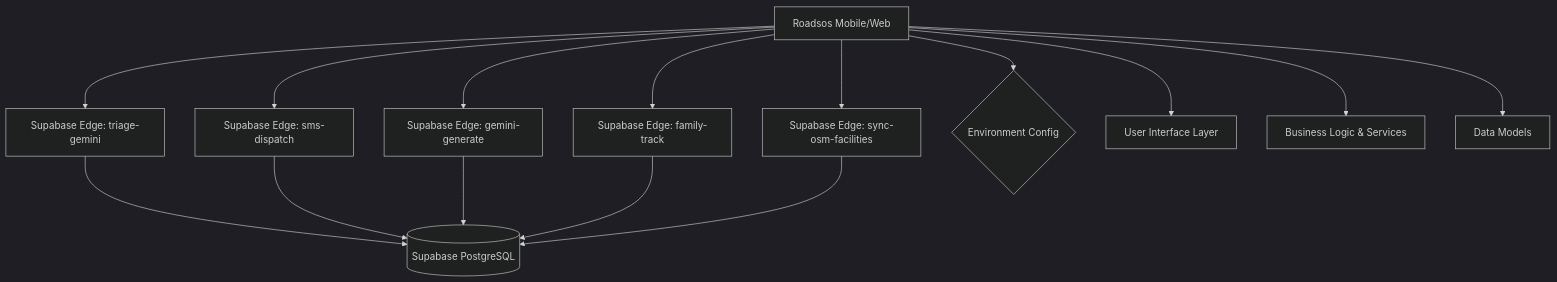
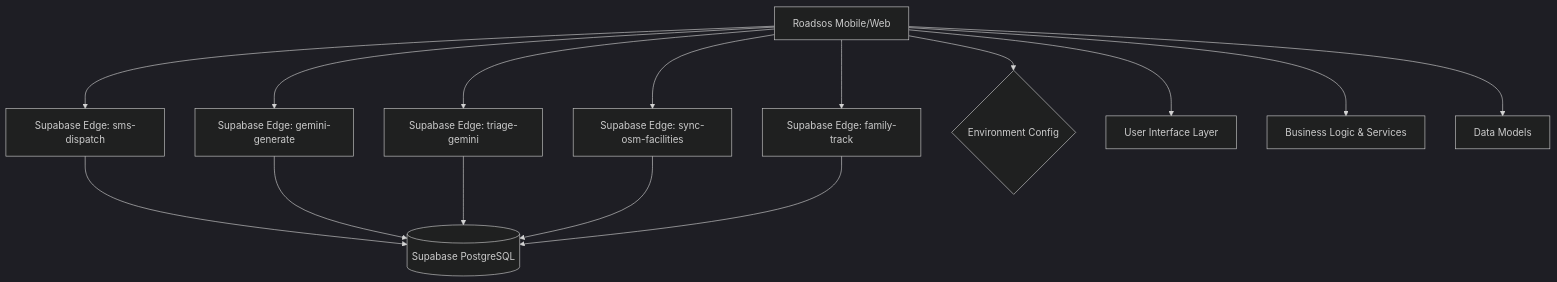
The first of 2 diagrams in docs/architecture/architecture.md (NITISH-R-G/RoadSOS), drawn with Mermaid (dark theme) before and after one commit. The commit also changed other lines of this file and 2 other files, not shown here.

Commit message:
docs: auto-update architecture, diagrams, and README

````diff
--- a/docs/architecture/architecture.md
+++ b/docs/architecture/architecture.md
@@ -5,18 +5,18 @@
 ```mermaid
 graph TD
     Client[Roadsos Mobile/Web] 
-    Client --> Function_triage_gemini[Supabase Edge: triage-gemini]
-    Function_triage_gemini --> SupabaseDB[(Supabase PostgreSQL)]
     Client --> Function_sms_dispatch[Supabase Edge: sms-dispatch]
     Function_sms_dispatch --> SupabaseDB[(Supabase PostgreSQL)]
     Client --> Function_gemini_generate[Supabase Edge: gemini-generate]
     Function_gemini_generate --> SupabaseDB[(Supabase PostgreSQL)]
+    Client --> Function_triage_gemini[Supabase Edge: triage-gemini]
+    Function_triage_gemini --> SupabaseDB[(Supabase PostgreSQL)]
+    Client --> Function_sync_osm_facilities[Supabase Edge: sync-osm-facilities]
+    Function_sync_osm_facilities --> SupabaseDB[(Supabase PostgreSQL)]
     Client --> Function_family_track[Supabase Edge: family-track]
     Function_family_track --> SupabaseDB[(Supabase PostgreSQL)]
-    Client --> Function_sync_osm_facilities[Supabase Edge: sync-osm-facilities]
-    Function_sync_osm_facilities --> SupabaseDB[(Supabase PostgreSQL)]
     Client --> EnvVars{Environment Config}
     Client --> UI[User Interface Layer]
     Client --> Services[Business Logic & Services]
     Client --> Models[Data Models]
 ```
````
